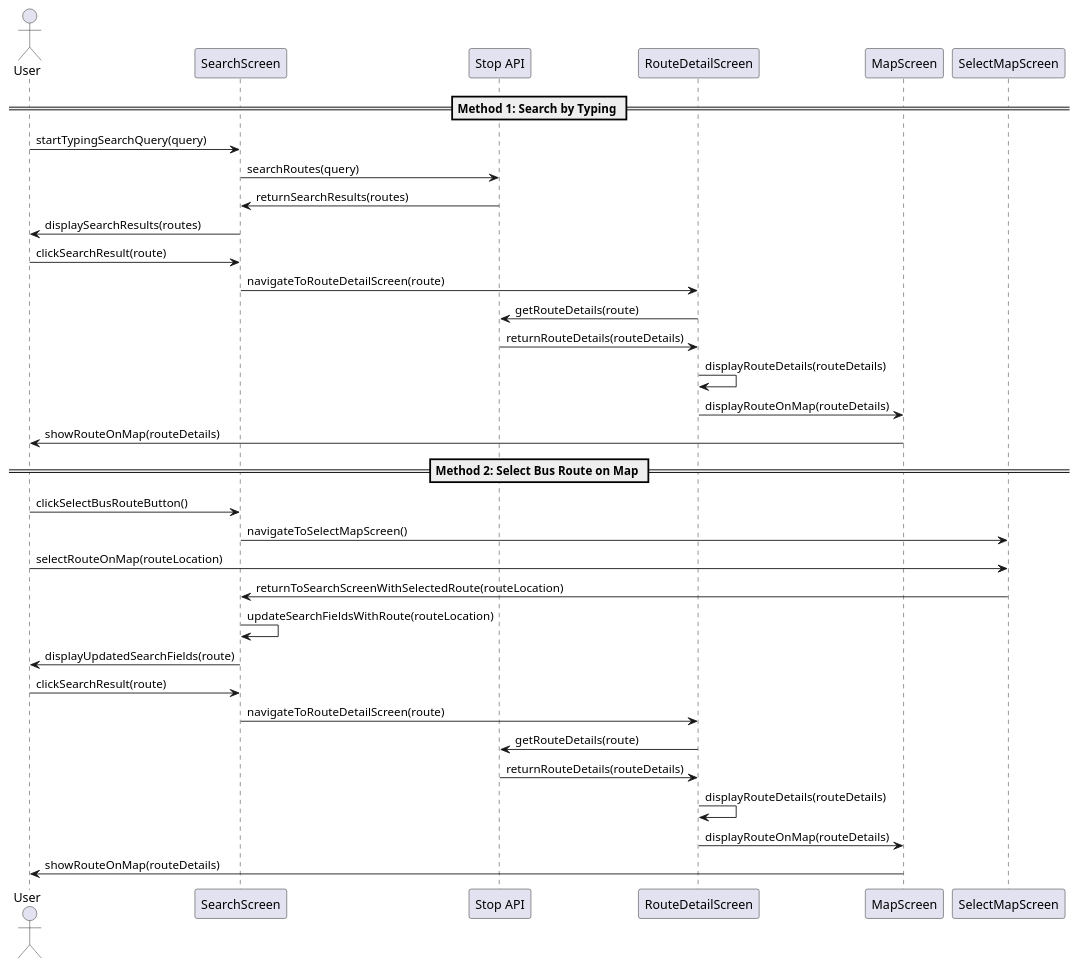
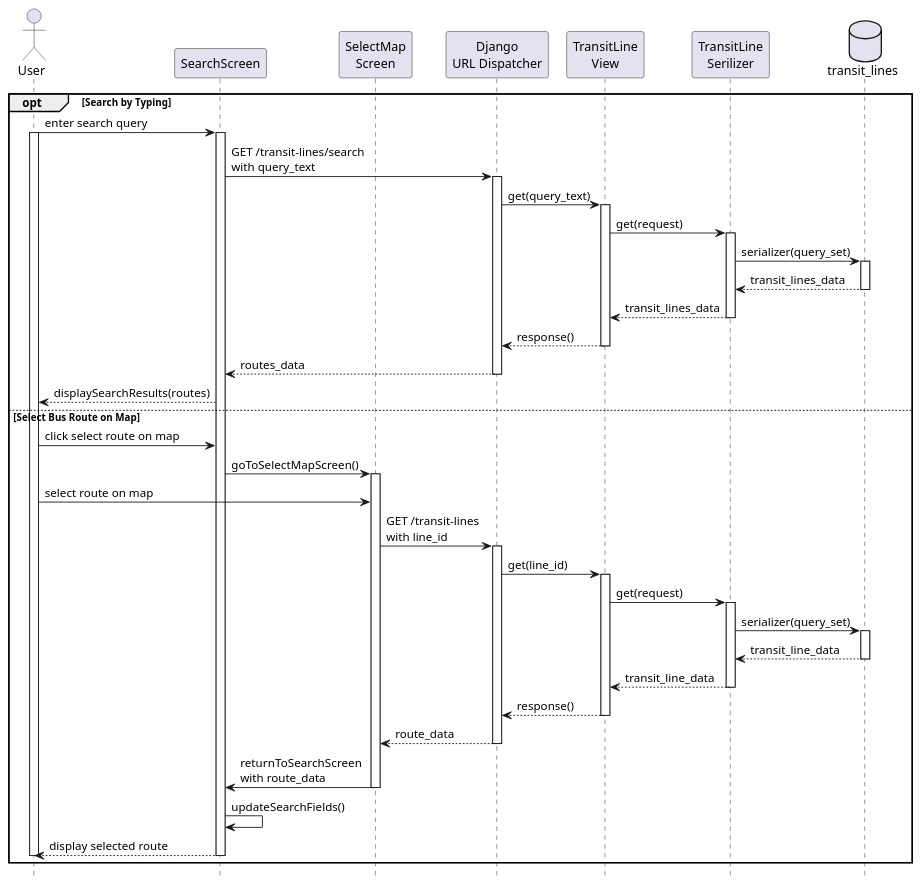
The diagram in search_information/search_bus.puml (KMITL-BusBuddy/diagram), drawn with PlantUML before and after one commit. The commit also changed 11 other files, not shown here.

Commit message:
update last diagram

```diff
--- a/search_information/search_bus.puml
+++ b/search_information/search_bus.puml
@@ -1,39 +1,95 @@
-@startuml
+@startuml search transit lines
+
+hide footbox
 
 actor User
-participant SearchScreen
-participant "Stop API" as StopAPI
-participant "RouteDetailScreen" as RouteDetailScreen
-participant "MapScreen" as RouteMapScreen
+participant "SearchScreen" as SearchScreen
+participant "SelectMap\nScreen" as SelectMapScreen
+participant "Django\nURL Dispatcher" as API
 
-== Method 1: Search by Typing ==
-User -> SearchScreen : startTypingSearchQuery(query)
-SearchScreen -> StopAPI : searchRoutes(query)
-StopAPI -> SearchScreen : returnSearchResults(routes)
-SearchScreen -> User : displaySearchResults(routes)
+participant "TransitLine\nView" as view
+participant "TransitLine\nSerilizer" as serializer
+database "transit_lines" as table
 
-User -> SearchScreen : clickSearchResult(route)
-SearchScreen -> RouteDetailScreen : navigateToRouteDetailScreen(route)
-RouteDetailScreen -> StopAPI : getRouteDetails(route)
-StopAPI -> RouteDetailScreen : returnRouteDetails(routeDetails)
-RouteDetailScreen -> RouteDetailScreen : displayRouteDetails(routeDetails)
-RouteDetailScreen -> RouteMapScreen : displayRouteOnMap(routeDetails)
-RouteMapScreen -> User : showRouteOnMap(routeDetails)
 
-== Method 2: Select Bus Route on Map ==
-User -> SearchScreen : clickSelectBusRouteButton()
-SearchScreen -> SelectMapScreen : navigateToSelectMapScreen()
-User -> SelectMapScreen : selectRouteOnMap(routeLocation)
-SelectMapScreen -> SearchScreen : returnToSearchScreenWithSelectedRoute(routeLocation)
-SearchScreen -> SearchScreen : updateSearchFieldsWithRoute(routeLocation)
-SearchScreen -> User : displayUpdatedSearchFields(route)
+opt Search by Typing
+    User -> SearchScreen : enter search query
+    activate User
+    activate SearchScreen
+    SearchScreen -> API : GET /transit-lines/search \nwith query_text
+    activate API
 
-User -> SearchScreen : clickSearchResult(route)
-SearchScreen -> RouteDetailScreen : navigateToRouteDetailScreen(route)
-RouteDetailScreen -> StopAPI : getRouteDetails(route)
-StopAPI -> RouteDetailScreen : returnRouteDetails(routeDetails)
-RouteDetailScreen -> RouteDetailScreen : displayRouteDetails(routeDetails)
-RouteDetailScreen -> RouteMapScreen : displayRouteOnMap(routeDetails)
-RouteMapScreen -> User : showRouteOnMap(routeDetails)
+    ' API Call
+    API -> view: get(query_text)
+    activate view
+    view -> serializer: get(request)
+    activate serializer
+    serializer -> table: serializer(query_set)
+    activate table
+    table --> serializer: transit_lines_data
+    deactivate table
+    serializer --> view: transit_lines_data
+    deactivate serializer
+    view --> API: response()
+    deactivate view
+
+    ' Display Search Results 
+    API --> SearchScreen : routes_data
+    deactivate API
+    SearchScreen --> User : displaySearchResults(routes)
+
+' select a route on map
+else Select Bus Route on Map
+    User -> SearchScreen : click select route on map
+    SearchScreen -> SelectMapScreen : goToSelectMapScreen()
+    activate SelectMapScreen
+
+    ' Select Route on Map
+    User -> SelectMapScreen : select route on map
+    SelectMapScreen -> API : GET /transit-lines \nwith line_id
+    activate API
+    API -> view: get(line_id)
+    activate view
+    view -> serializer: get(request)
+    activate serializer
+    serializer -> table: serializer(query_set)
+    activate table
+    table --> serializer: transit_line_data
+    deactivate table
+    serializer --> view: transit_line_data
+    deactivate serializer
+    view --> API: response()
+    deactivate view
+
+    ' Display Route on Map
+    API --> SelectMapScreen: route_data
+    deactivate API
+    SelectMapScreen -> SearchScreen : returnToSearchScreen \nwith route_data
+    deactivate SelectMapScreen
+    SearchScreen -> SearchScreen : updateSearchFields()
+    SearchScreen --> User : display selected route
+    deactivate SearchScreen
+    deactivate User
+end
+
+
+' divide to after_search_bus_get_details.puml
+
+' ' Select a Route
+' User -> SearchScreen : click on a route
+
+' SearchScreen -> RouteDetailScreen : goToRouteDetailScreen() \nwith route data
+' deactivate SearchScreen
+' activate RouteDetailScreen
+' RouteDetailScreen -> RouteDetailScreen : displayRouteDetails()
+' RouteDetailScreen -> RouteMapScreen : displayRouteOnMap()
+' deactivate RouteDetailScreen
+' activate RouteMapScreen
+
+' ' Show Route on Map
+' RouteMapScreen --> User : showRouteOnMap()
+' deactivate RouteMapScreen
+' deactivate User
+
 
 @enduml
```
